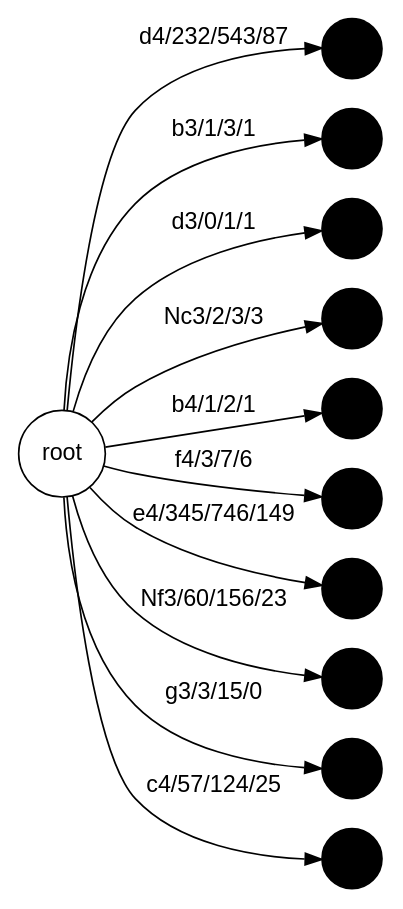
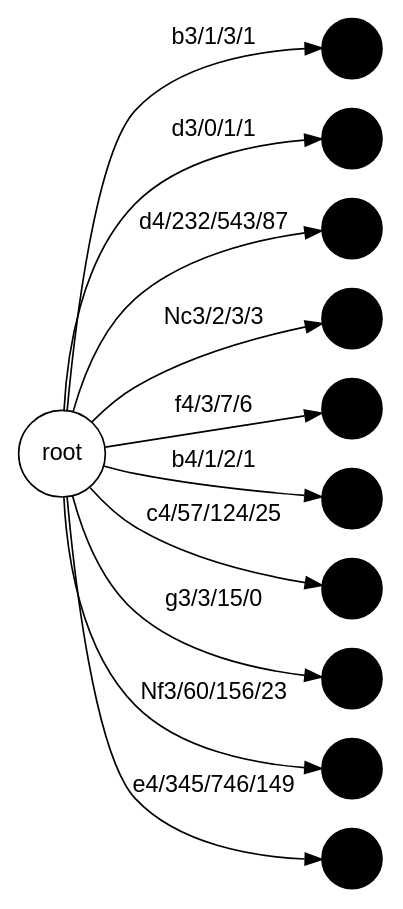
One commit to bjerkemj/chess-statistics changed the diagram in allOpeningsTree.dot. Above: the diagram before and after it, drawn with Graphviz. The commit also changed 3 other files, not shown here.

```diff
--- a/allOpeningsTree.dot
+++ b/allOpeningsTree.dot
@@ -1,29 +1,29 @@
 digraph g {
 fontname="Helvetica,Arial,sans-serif"
 node [fontname="Helvetica,Arial,sans-serif" filledcolor = "white" label = "" style = "filled" shape = "circle" ]
 edge [fontname="Helvetica,Arial,sans-serif"]
 graph [fontsize=30 labelloc="t" label="" splines=true overlap=false rankdir = "LR"];
 ratio = auto;
-"rootW704D1600L296_XsWhPHLjPSTcH" [style = "filled" fillcolor = "white" label = "root"];
-"d4W232D543L87_zfrTvfkZLUfrwK" [style = "filled" fillcolor = "black"];
-rootW704D1600L296_XsWhPHLjPSTcH -> d4W232D543L87_zfrTvfkZLUfrwK [label = "d4/232/543/87"];
-"b3W1D3L1_QgVdVcDcyJ" [style = "filled" fillcolor = "black"];
-rootW704D1600L296_XsWhPHLjPSTcH -> b3W1D3L1_QgVdVcDcyJ [label = "b3/1/3/1"];
-"d3W0D1L1_DlAyqcucpCETOW" [style = "filled" fillcolor = "black"];
-rootW704D1600L296_XsWhPHLjPSTcH -> d3W0D1L1_DlAyqcucpCETOW [label = "d3/0/1/1"];
-"Nc3W2D3L3_slndhXoffHAeepHVt" [style = "filled" fillcolor = "black"];
-rootW704D1600L296_XsWhPHLjPSTcH -> Nc3W2D3L3_slndhXoffHAeepHVt [label = "Nc3/2/3/3"];
-"b4W1D2L1_jDttrymYVcqH" [style = "filled" fillcolor = "black"];
-rootW704D1600L296_XsWhPHLjPSTcH -> b4W1D2L1_jDttrymYVcqH [label = "b4/1/2/1"];
-"f4W3D7L6_xZDKzZKkvkMrrHslp" [style = "filled" fillcolor = "black"];
-rootW704D1600L296_XsWhPHLjPSTcH -> f4W3D7L6_xZDKzZKkvkMrrHslp [label = "f4/3/7/6"];
-"e4W345D746L149_CCnKpcllMzfF" [style = "filled" fillcolor = "black"];
-rootW704D1600L296_XsWhPHLjPSTcH -> e4W345D746L149_CCnKpcllMzfF [label = "e4/345/746/149"];
-"Nf3W60D156L23_RgJwDYyeyWvUiEOI" [style = "filled" fillcolor = "black"];
-rootW704D1600L296_XsWhPHLjPSTcH -> Nf3W60D156L23_RgJwDYyeyWvUiEOI [label = "Nf3/60/156/23"];
-"g3W3D15L0_PGltPgThBya" [style = "filled" fillcolor = "black"];
-rootW704D1600L296_XsWhPHLjPSTcH -> g3W3D15L0_PGltPgThBya [label = "g3/3/15/0"];
-"c4W57D124L25_fLkPLtihUzWiFuBIPfw" [style = "filled" fillcolor = "black"];
-rootW704D1600L296_XsWhPHLjPSTcH -> c4W57D124L25_fLkPLtihUzWiFuBIPfw [label = "c4/57/124/25"];
+"rootW704D1600L296_uMTJmiqzwPmrBZUkC" [style = "filled" fillcolor = "white" label = "root"];
+"b3W1D3L1_YNHmZyvcnOKi" [style = "filled" fillcolor = "black"];
+rootW704D1600L296_uMTJmiqzwPmrBZUkC -> b3W1D3L1_YNHmZyvcnOKi [label = "b3/1/3/1"];
+"d3W0D1L1_EPyzfGWqmvusqtb" [style = "filled" fillcolor = "black"];
+rootW704D1600L296_uMTJmiqzwPmrBZUkC -> d3W0D1L1_EPyzfGWqmvusqtb [label = "d3/0/1/1"];
+"d4W232D543L87_RZGEMDnuizEOjTLtIDec" [style = "filled" fillcolor = "black"];
+rootW704D1600L296_uMTJmiqzwPmrBZUkC -> d4W232D543L87_RZGEMDnuizEOjTLtIDec [label = "d4/232/543/87"];
+"Nc3W2D3L3_BiRvMjkrhiLbLDxHWkCd" [style = "filled" fillcolor = "black"];
+rootW704D1600L296_uMTJmiqzwPmrBZUkC -> Nc3W2D3L3_BiRvMjkrhiLbLDxHWkCd [label = "Nc3/2/3/3"];
+"f4W3D7L6_icRHRGQOUdoB" [style = "filled" fillcolor = "black"];
+rootW704D1600L296_uMTJmiqzwPmrBZUkC -> f4W3D7L6_icRHRGQOUdoB [label = "f4/3/7/6"];
+"b4W1D2L1_IJnzeReoEywo" [style = "filled" fillcolor = "black"];
+rootW704D1600L296_uMTJmiqzwPmrBZUkC -> b4W1D2L1_IJnzeReoEywo [label = "b4/1/2/1"];
+"c4W57D124L25_adhskTmsfqgC" [style = "filled" fillcolor = "black"];
+rootW704D1600L296_uMTJmiqzwPmrBZUkC -> c4W57D124L25_adhskTmsfqgC [label = "c4/57/124/25"];
+"g3W3D15L0_gKjsNRazwdOuxfHeCfq" [style = "filled" fillcolor = "black"];
+rootW704D1600L296_uMTJmiqzwPmrBZUkC -> g3W3D15L0_gKjsNRazwdOuxfHeCfq [label = "g3/3/15/0"];
+"Nf3W60D156L23_IjxitgprnEshdTXAAfB" [style = "filled" fillcolor = "black"];
+rootW704D1600L296_uMTJmiqzwPmrBZUkC -> Nf3W60D156L23_IjxitgprnEshdTXAAfB [label = "Nf3/60/156/23"];
+"e4W345D746L149_ATCLskwokVGXf" [style = "filled" fillcolor = "black"];
+rootW704D1600L296_uMTJmiqzwPmrBZUkC -> e4W345D746L149_ATCLskwokVGXf [label = "e4/345/746/149"];
 
 }
```
